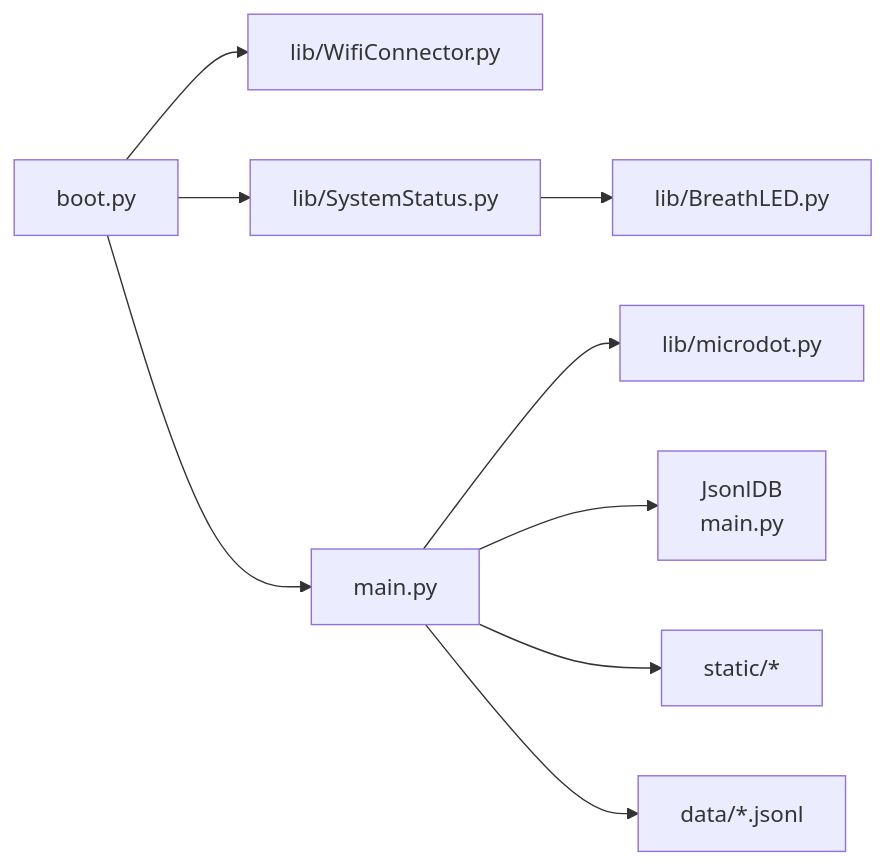
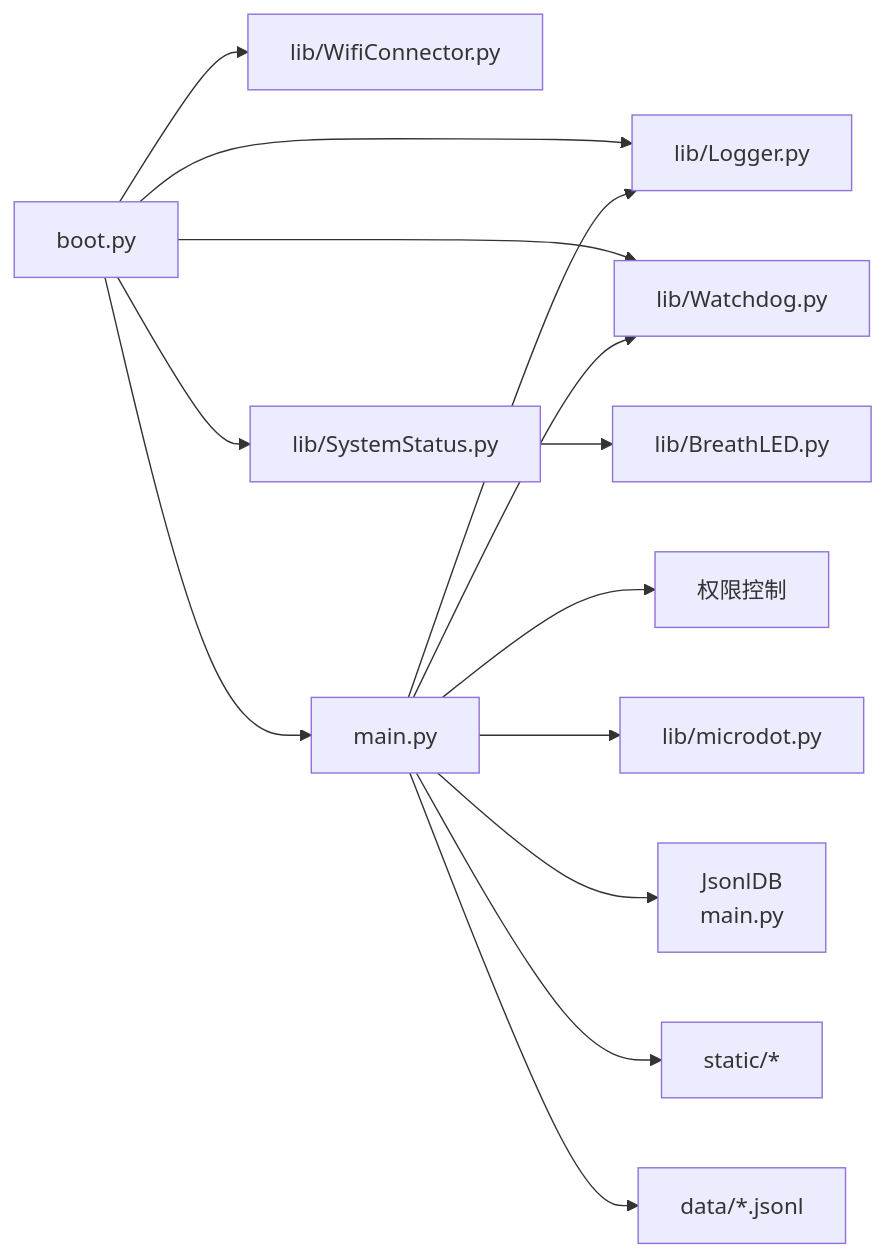
Before and after one commit to qq20739111/weilushishe-lishitai: the fourth of 4 diagrams in .qoder/repowiki/zh/content/部署运维/部署运维.md, drawn with Mermaid. The commit also changed other lines of this file and 23 other files, not shown here.

````diff
--- a/.qoder/repowiki/zh/content/部署运维/部署运维.md
+++ b/.qoder/repowiki/zh/content/部署运维/部署运维.md
@@ -226,11 +272,16 @@
 ```mermaid
 graph LR
-Boot["boot.py"] --> WC["lib/WifiConnector.py"]
+Boot["boot.py"] --> Logger["lib/Logger.py"]
+Boot --> Watchdog["lib/Watchdog.py"]
+Boot --> WC["lib/WifiConnector.py"]
 Boot --> SS["lib/SystemStatus.py"]
 Boot --> Main["main.py"]
+Main --> Logger
+Main --> Watchdog
+Main --> Auth["权限控制"]
 Main --> MD["lib/microdot.py"]
 Main --> DB["JsonlDB<br/>main.py"]
 SS --> BL["lib/BreathLED.py"]
 Main --> Static["static/*"]
 Main --> Data["data/*.jsonl"]
 ```
````
